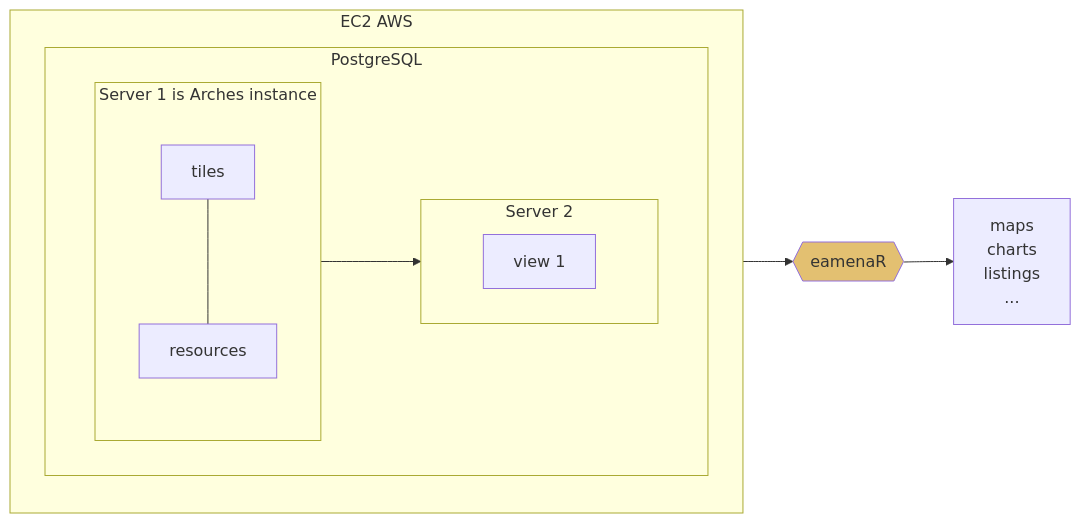
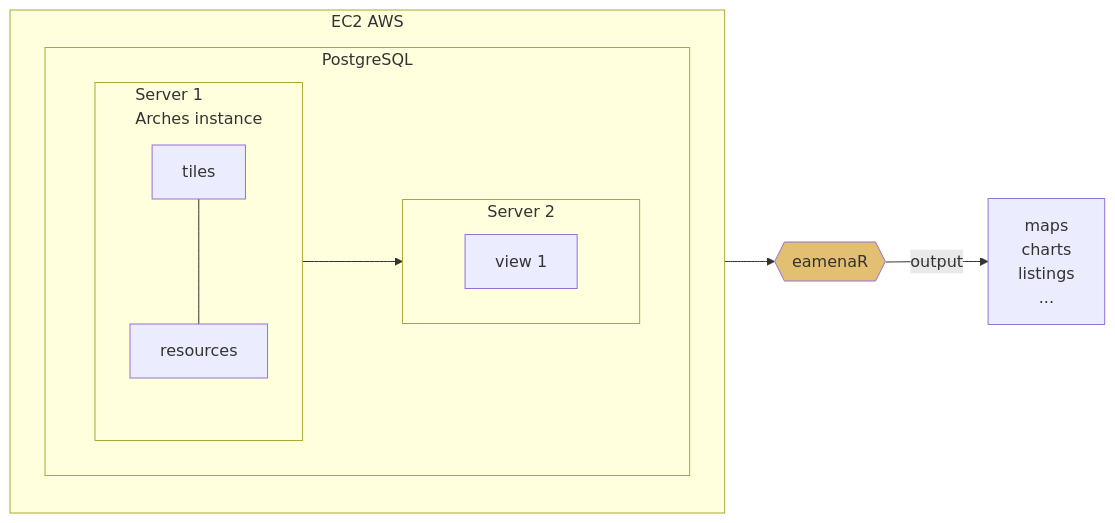
Before and after one commit to eamena-project/eamena-arches-dev: the third of 5 diagrams in dev/README.md, drawn with Mermaid.

Commit message:
views diagram

````diff
--- a/dev/README.md
+++ b/dev/README.md
@@ -40,21 +40,21 @@
 ```mermaid
 flowchart LR
   subgraph EC2 [EC2 AWS]
     direction TB
     subgraph PostgreSQL
         direction LR
-        subgraph DB [Server 1 is Arches instance]
+        subgraph DB [Server 1 <br> Arches instance]
             direction TB
             A[tiles] --- B[resources]
         end
         subgraph VIEWS [Server 2]
             direction LR
             C[view 1]
         end
     end
   end
   DB --> VIEWS
   VIEWS --> D{{eamenaR}}:::eamenaRpkg
-  D --> E[maps<br>charts<br>listings<br>...]
+  D -- output--> E[maps<br>charts<br>listings<br>...]
   classDef eamenaRpkg fill:#e3c071
 ```
````
